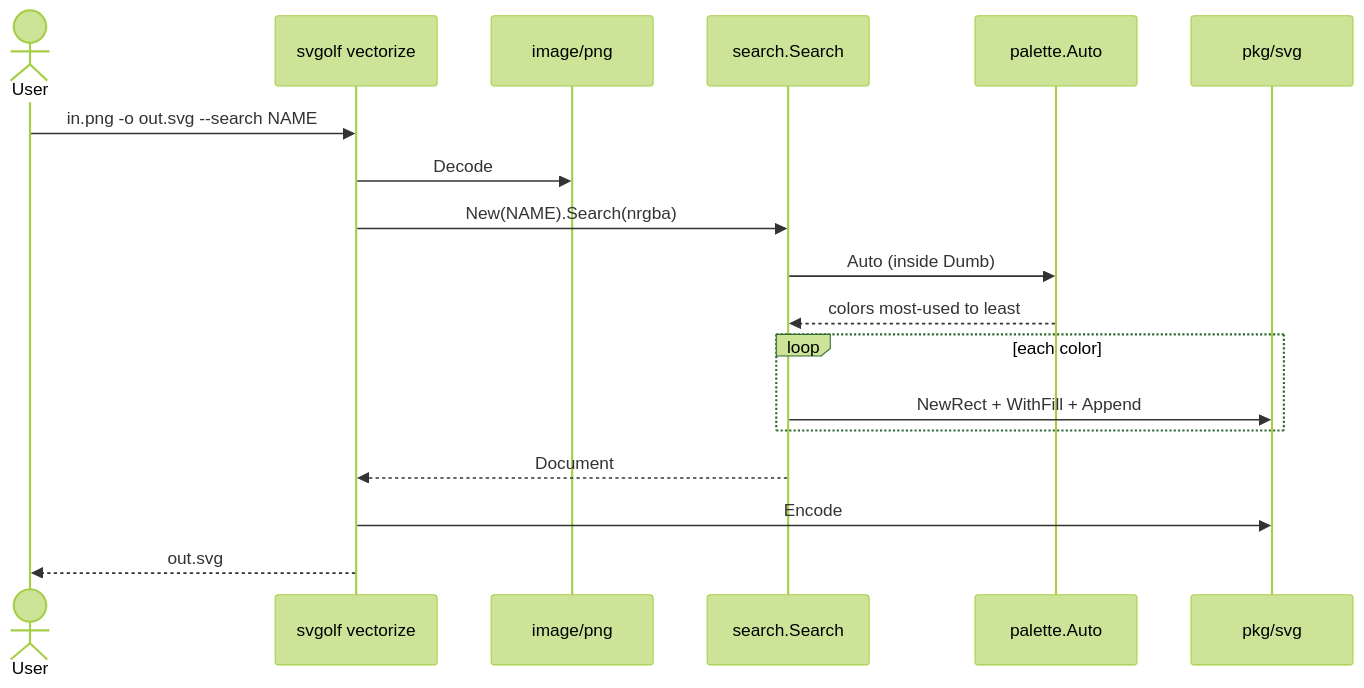
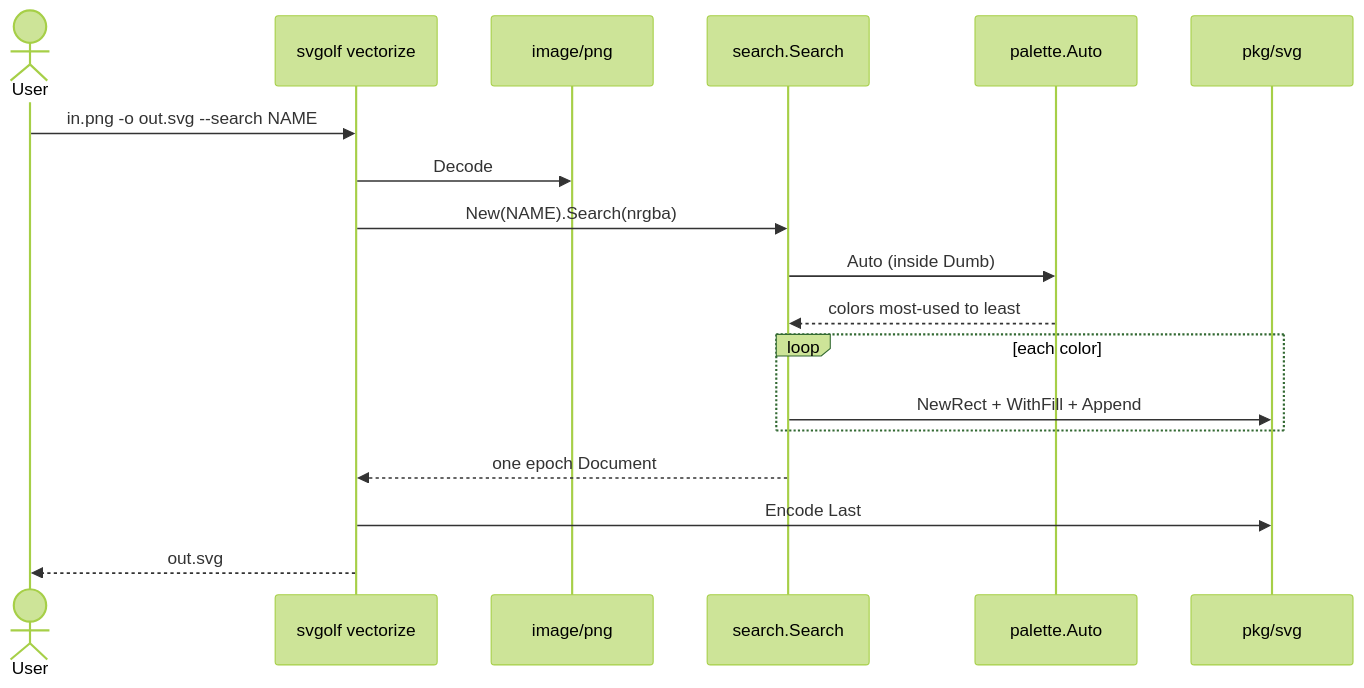
One commit to lewtec/svgolf changed the second of 5 diagrams in SPEC.md. Above: the diagram before and after it, drawn with Mermaid (forest theme). The commit also changed other lines of this file and 25 other files, not shown here.

````diff
--- a/SPEC.md
+++ b/SPEC.md
@@ -1045,20 +1023,20 @@
 ```mermaid
 sequenceDiagram
   actor User
   participant CLI as svgolf vectorize
   participant PNG as image/png
   participant Search as search.Search
   participant Pal as palette.Auto
   participant SVG as pkg/svg
   User->>CLI: in.png -o out.svg --search NAME
   CLI->>PNG: Decode
   CLI->>Search: New(NAME).Search(nrgba)
   Search->>Pal: Auto (inside Dumb)
   Pal-->>Search: colors most-used to least
   loop each color
     Search->>SVG: NewRect + WithFill + Append
   end
-  Search-->>CLI: Document
-  CLI->>SVG: Encode
+  Search-->>CLI: one epoch Document
+  CLI->>SVG: Encode Last
   CLI-->>User: out.svg
 ```
````
